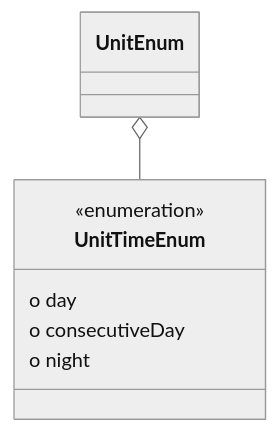
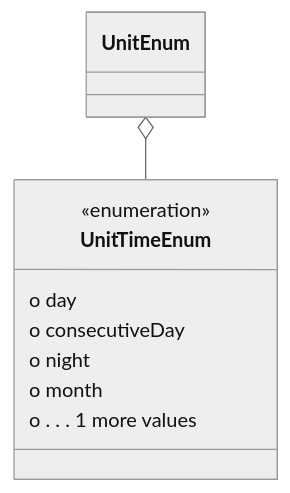
The diagram in datamodel-build/mermaid/UnitTimeEnum.mmd (codexstanford/Insurance-Payout-Ontology), drawn with Mermaid (neutral theme) before and after one commit. The commit also changed 68 other files, not shown here.

```diff
--- a/datamodel-build/mermaid/UnitTimeEnum.mmd
+++ b/datamodel-build/mermaid/UnitTimeEnum.mmd
@@ -1,8 +1,10 @@
 classDiagram
 UnitEnum o-- UnitTimeEnum
   class UnitTimeEnum {
 <<enumeration>>
   o day
   o consecutiveDay
   o night
+  o month
+  o . . . 1 more values
 }
```
